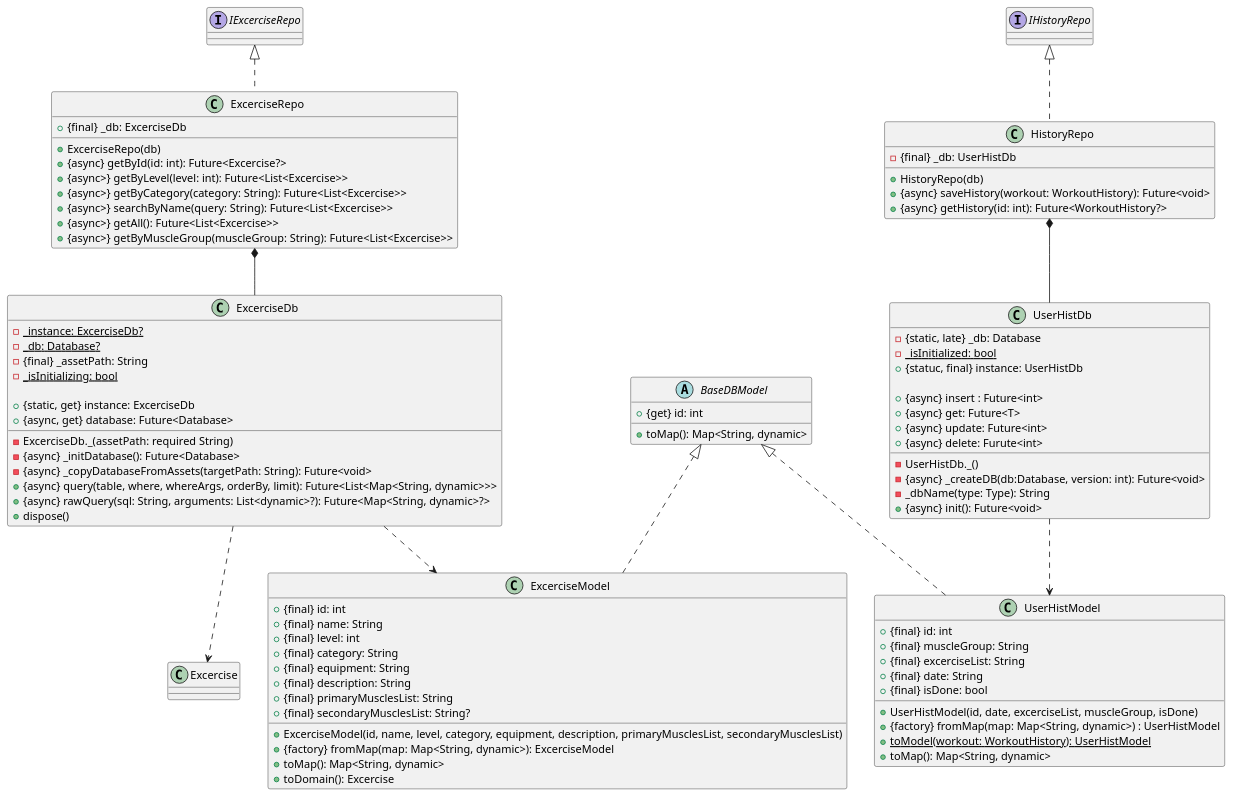
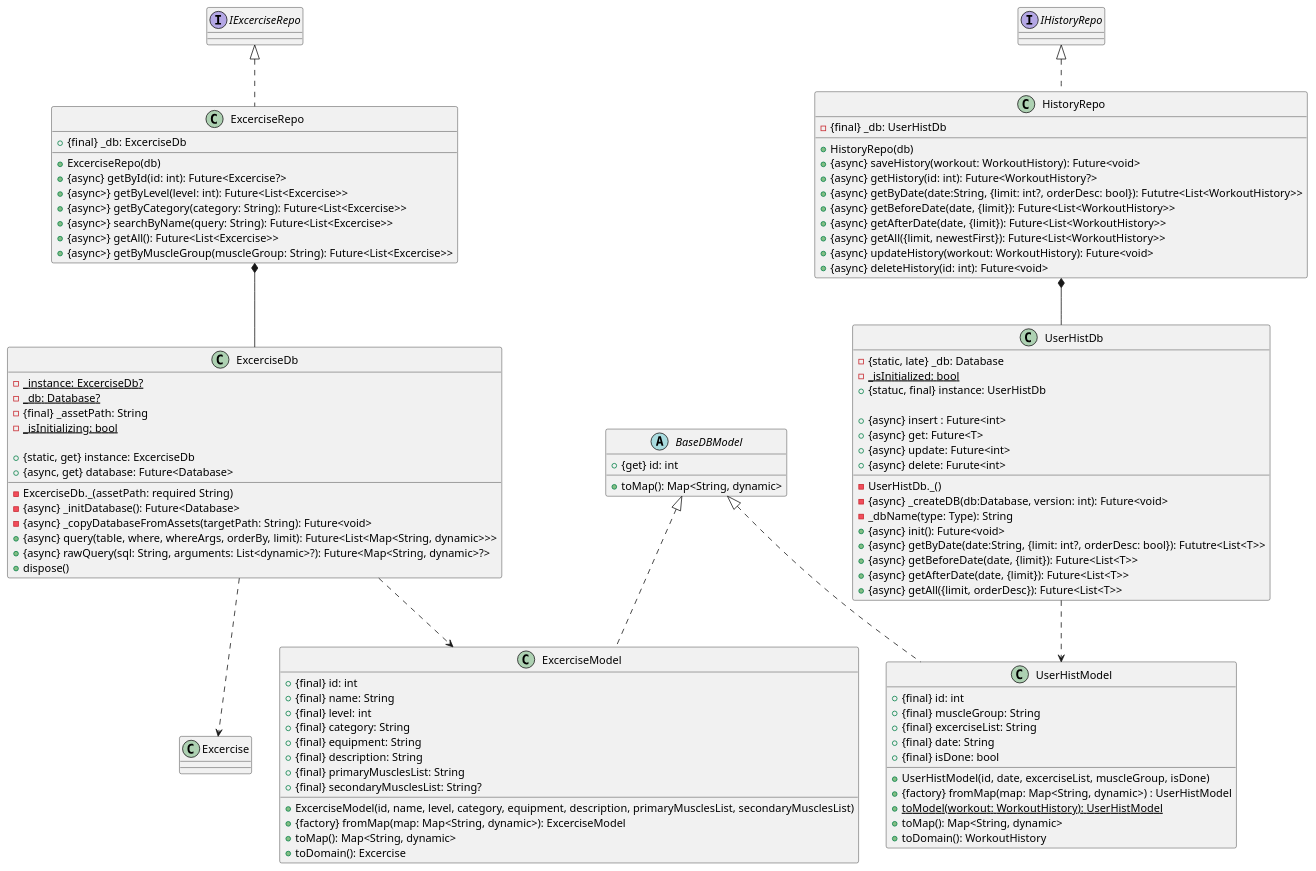
Before and after one commit to KATTSS/Workout_planner: the diagram in user_db.puml, drawn with PlantUML. The commit also changed 8 other files, not shown here.

Commit message:
Feature: add specialized get queries to workout history db

```diff
--- a/user_db.puml
+++ b/user_db.puml
@@ -1,98 +1,109 @@
 @startuml User_DB
 
 class UserHistDb {
     - {static, late} _db: Database
     - {static} _isInitialized: bool
     + {statuc, final} instance: UserHistDb
 
     - UserHistDb._()
     - {async} _createDB(db:Database, version: int): Future<void>
     - _dbName(type: Type): String
     + {async} init(): Future<void>
     + {async} insert : Future<int>
     + {async} get: Future<T>
+    + {async} getByDate(date:String, {limit: int?, orderDesc: bool}): Fututre<List<T>>
+    + {async} getBeforeDate(date, {limit}): Future<List<T>>
+    + {async} getAfterDate(date, {limit}): Future<List<T>>
+    + {async} getAll({limit, orderDesc}): Future<List<T>>
     + {async} update: Future<int>
     + {async} delete: Furute<int>
 }
 
 class ExcerciseDb {
     - {static} _instance: ExcerciseDb? 
     - {static} _db: Database? 
     - {final} _assetPath: String 
     - {static} _isInitializing: bool 
 
     + {static, get} instance: ExcerciseDb
     + {async, get} database: Future<Database>
 
     - ExcerciseDb._(assetPath: required String)
     - {async} _initDatabase(): Future<Database> 
     - {async} _copyDatabaseFromAssets(targetPath: String): Future<void>
     + {async} query(table, where, whereArgs, orderBy, limit): Future<List<Map<String, dynamic>>>
     + {async} rawQuery(sql: String, arguments: List<dynamic>?): Future<Map<String, dynamic>?>
     + dispose()
 
 }
 
 UserHistDb ..> UserHistModel
 ExcerciseDb ..> ExcerciseModel 
 ExcerciseDb ..> Excercise
 
 abstract class BaseDBModel {
     + {get} id: int
 
     + toMap(): Map<String, dynamic>
 }
 
 class UserHistModel implements BaseDBModel {
     + {final} id: int
     + {final} muscleGroup: String
     + {final} excerciseList: String
     + {final} date: String
     + {final} isDone: bool
 
     + UserHistModel(id, date, excerciseList, muscleGroup, isDone)
     + {factory} fromMap(map: Map<String, dynamic>) : UserHistModel
     + {static} toModel(workout: WorkoutHistory): UserHistModel
     + toMap(): Map<String, dynamic>
+    + toDomain(): WorkoutHistory
 }
 
 class ExcerciseModel implements BaseDBModel {
     + {final} id: int
     + {final} name: String
     + {final} level: int 
     + {final} category: String 
     + {final} equipment: String 
     + {final} description: String 
     + {final} primaryMusclesList: String 
     + {final} secondaryMusclesList: String? 
 
     + ExcerciseModel(id, name, level, category, equipment, description, primaryMusclesList, secondaryMusclesList)
     + {factory} fromMap(map: Map<String, dynamic>): ExcerciseModel
     + toMap(): Map<String, dynamic>
     + toDomain(): Excercise
 }
 
 
 class HistoryRepo implements IHistoryRepo {
     - {final} _db: UserHistDb
 
     + HistoryRepo(db)
     + {async} saveHistory(workout: WorkoutHistory): Future<void>
     + {async} getHistory(id: int): Future<WorkoutHistory?>
+    + {async} getByDate(date:String, {limit: int?, orderDesc: bool}): Fututre<List<WorkoutHistory>>
+    + {async} getBeforeDate(date, {limit}): Future<List<WorkoutHistory>>
+    + {async} getAfterDate(date, {limit}): Future<List<WorkoutHistory>>
+    + {async} getAll({limit, newestFirst}): Future<List<WorkoutHistory>>
+    + {async} updateHistory(workout: WorkoutHistory): Future<void>
+    + {async} deleteHistory(id: int): Future<void>
 }
 
 class ExcerciseRepo implements IExcerciseRepo {
     + {final} _db: ExcerciseDb 
 
     + ExcerciseRepo(db)
     + {async} getById(id: int): Future<Excercise?>
     + {async>} getByLevel(level: int): Future<List<Excercise>>
     + {async>} getByCategory(category: String): Future<List<Excercise>>
     + {async>} searchByName(query: String): Future<List<Excercise>>
     + {async>} getAll(): Future<List<Excercise>>
     + {async>} getByMuscleGroup(muscleGroup: String): Future<List<Excercise>>
 }
 
 HistoryRepo *-- UserHistDb
 ExcerciseRepo *-- ExcerciseDb
 @enduml
```
